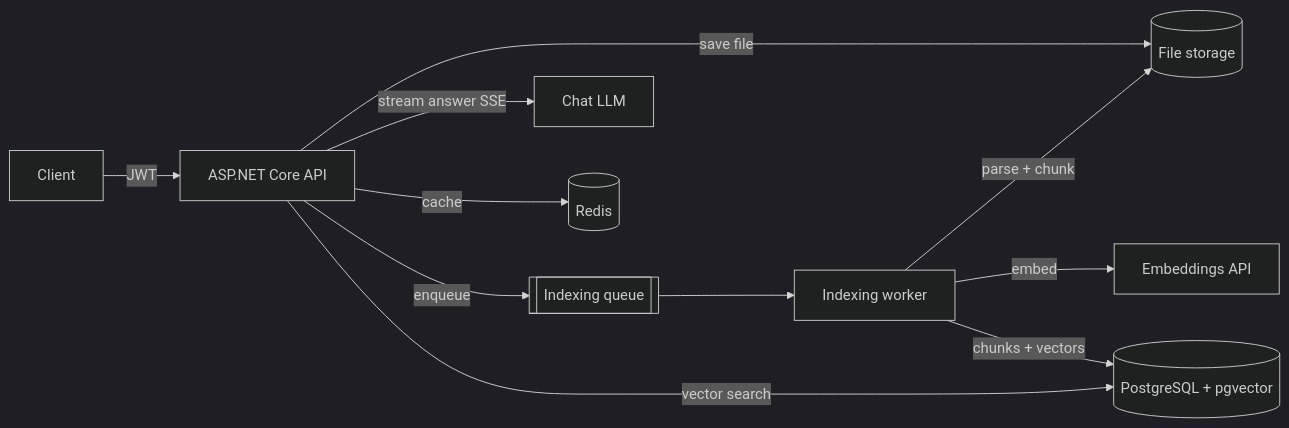
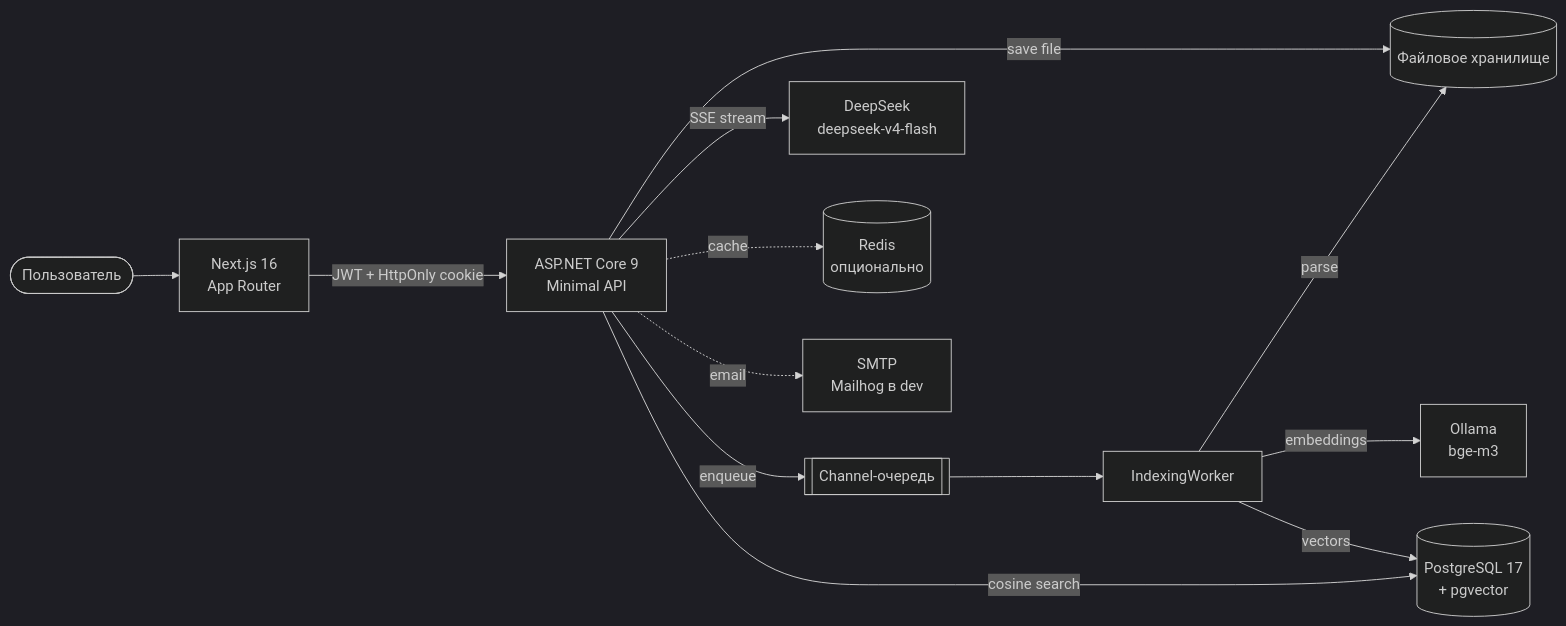
One commit to sikorskiy50205/AskMyArchive changed the diagram in README.md. Above: the diagram before and after it, drawn with Mermaid (dark theme). The commit also changed other lines of this file and 1 other file, not shown here.

First line of the commit message:
Portfolio-ready README + refresh default chat model in docker-compose

````diff
--- a/README.md
+++ b/README.md
@@ -11,13 +108,15 @@
 ```mermaid
 flowchart LR
-    Client -->|JWT| API[ASP.NET Core API]
-    API -->|save file| FS[(File storage)]
-    API -->|enqueue| Q[[Indexing queue]]
-    Q --> W[Indexing worker]
-    W -->|parse + chunk| FS
-    W -->|embed| EMB[Embeddings API]
-    W -->|chunks + vectors| PG[(PostgreSQL + pgvector)]
-    API -->|vector search| PG
-    API -->|stream answer SSE| LLM[Chat LLM]
-    API -->|cache| R[(Redis)]
+    User([Пользователь]) --> Next[Next.js 16<br/>App Router]
+    Next -->|JWT + HttpOnly cookie| API[ASP.NET Core 9<br/>Minimal API]
+    API -->|save file| FS[(Файловое хранилище)]
+    API -->|enqueue| Q[[Channel-очередь]]
+    Q --> W[IndexingWorker]
+    W -->|parse| FS
+    W -->|embeddings| EMB[Ollama<br/>bge-m3]
+    W -->|vectors| PG[(PostgreSQL 17<br/>+ pgvector)]
+    API -->|cosine search| PG
+    API -->|SSE stream| LLM[DeepSeek<br/>deepseek-v4-flash]
+    API -.->|cache| R[(Redis<br/>опционально)]
+    API -.->|email| SMTP[SMTP<br/>Mailhog в dev]
 ```
````
